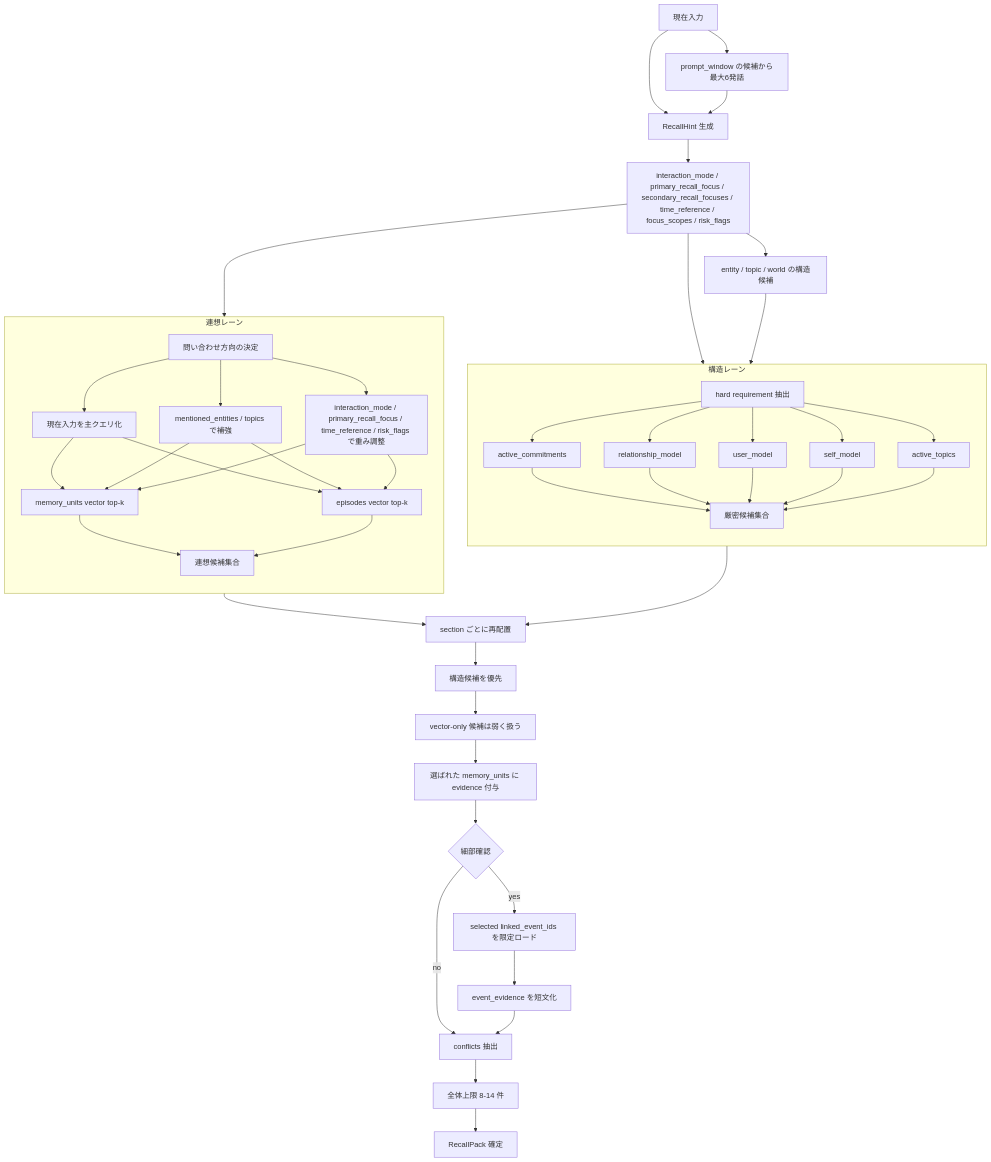
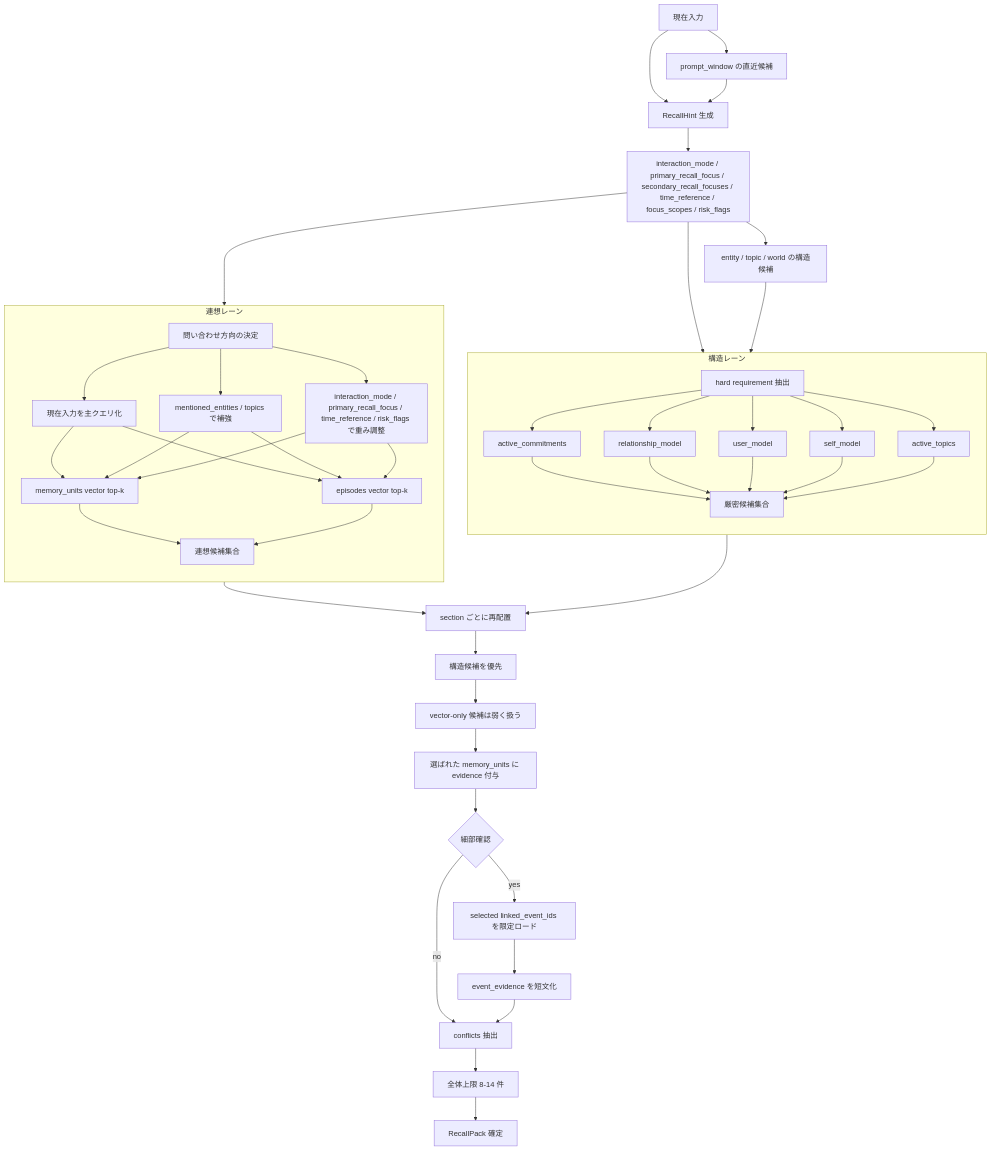
Before and after one commit to hirona98/OtomeKairo: the second of 4 diagrams in docs/design/memory/05_想起と判断フロー図.md, drawn with Mermaid. The commit also changed 22 other files, not shown here.

````diff
--- a/docs/design/memory/05_想起と判断フロー図.md
+++ b/docs/design/memory/05_想起と判断フロー図.md
@@ -98,69 +98,69 @@
 ```mermaid
 flowchart TD
-    A[現在入力] --> B[prompt_window の候補から最大6発話]
+    A[現在入力] --> B[prompt_window の直近候補]
     A --> C[RecallHint 生成]
     B --> C
     C --> D[interaction_mode / primary_recall_focus / secondary_recall_focuses / time_reference / focus_scopes / risk_flags]
 
     D --> E1
     D --> E2
 
     subgraph SL[構造レーン]
         direction TB
         E1[hard requirement 抽出]
         F1[active_commitments]
         F2[relationship_model]
         F3[user_model]
         F4[self_model]
         F5[active_topics]
         G1[厳密候補集合]
         E1 --> F1
         E1 --> F2
         E1 --> F3
         E1 --> F4
         E1 --> F5
         F1 --> G1
         F2 --> G1
         F3 --> G1
         F4 --> G1
         F5 --> G1
     end
 
     subgraph VL[連想レーン]
         direction TB
         E2[問い合わせ方向の決定]
         H1[現在入力を主クエリ化]
         H2[mentioned_entities / topics で補強]
         H3[interaction_mode / primary_recall_focus / time_reference / risk_flags で重み調整]
         H4[memory_units vector top-k]
         H5[episodes vector top-k]
         H6[連想候補集合]
         E2 --> H1
         E2 --> H2
         E2 --> H3
         H1 --> H4
         H1 --> H5
         H2 --> H4
         H2 --> H5
         H3 --> H4
         H3 --> H5
         H4 --> H6
         H5 --> H6
     end
 
     D --> ES[entity / topic / world の構造候補]
     ES --> G1
 
     G1 --> I[section ごとに再配置]
     H6 --> I
     I --> J[構造候補を優先]
     J --> K[vector-only 候補は弱く扱う]
     K --> L[選ばれた memory_units に evidence 付与]
     L --> X{細部確認}
     X -- no --> M[conflicts 抽出]
     X -- yes --> Y[selected linked_event_ids を限定ロード]
     Y --> Z[event_evidence を短文化]
     Z --> M
     M --> N[全体上限 8-14 件]
     N --> O[RecallPack 確定]
 ```
````
